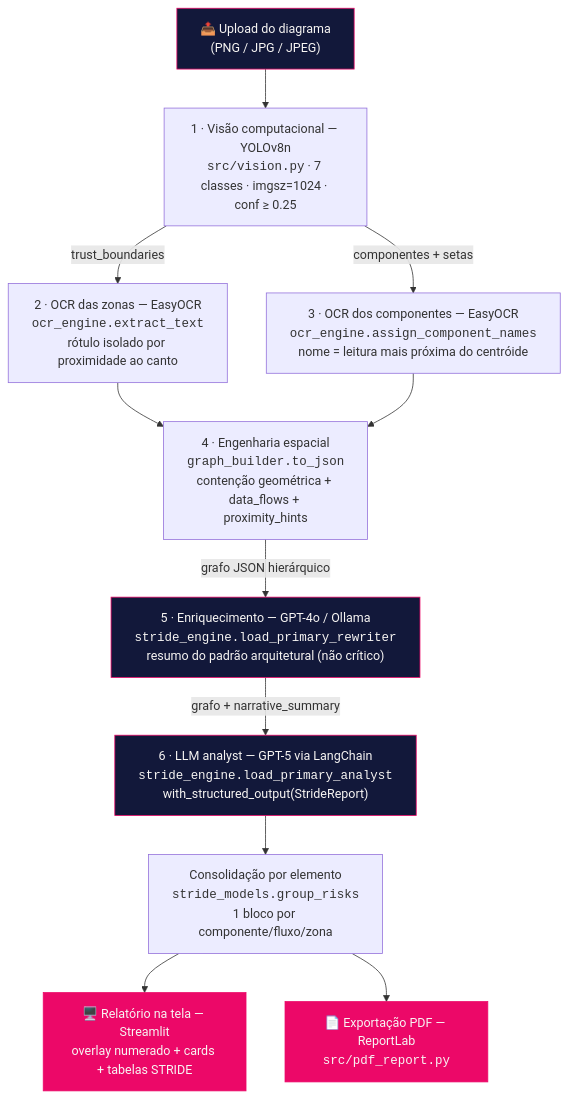
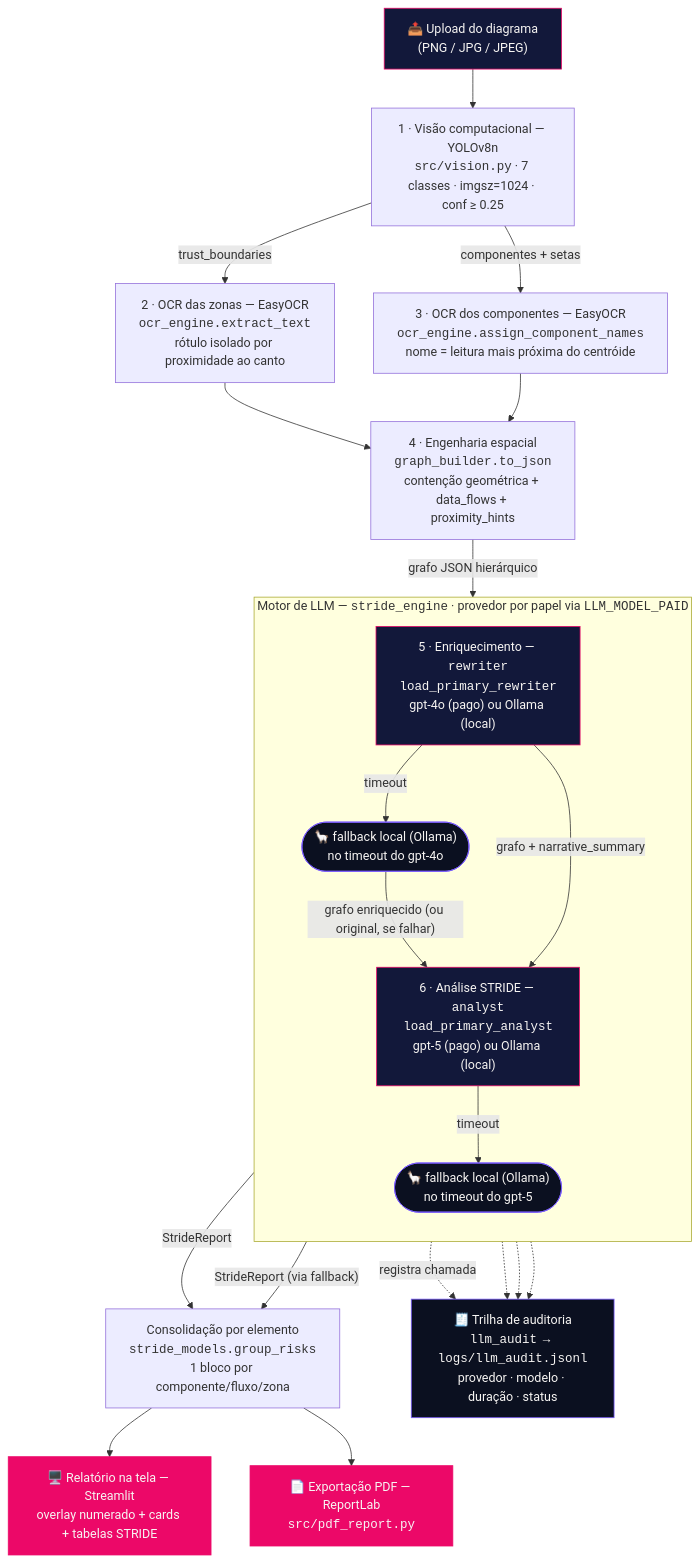
One commit to GustavoLimaMartins/hackathon-stride-ai changed the diagram in README.md. Above: the diagram before and after it, drawn with Mermaid. The commit also changed other lines of this file, not shown here.

First line of the commit message:
docs(readme): atualizar diagrama e topologia (fluxo de fallback corrigido)

````diff
--- a/README.md
+++ b/README.md
@@ -59,25 +59,45 @@
 ```mermaid
 flowchart TD
     U["📤 Upload do diagrama<br/>(PNG / JPG / JPEG)"] --> V["1 · Visão computacional — YOLOv8n<br/><code>src/vision.py</code> · 7 classes · imgsz=1024 · conf ≥ 0.25"]
 
     V -->|"trust_boundaries"| O1["2 · OCR das zonas — EasyOCR<br/><code>ocr_engine.extract_text</code><br/>rótulo isolado por proximidade ao canto"]
     V -->|"componentes + setas"| O2["3 · OCR dos componentes — EasyOCR<br/><code>ocr_engine.assign_component_names</code><br/>nome = leitura mais próxima do centróide"]
 
     O1 --> G["4 · Engenharia espacial<br/><code>graph_builder.to_json</code><br/>contenção geométrica + data_flows + proximity_hints"]
     O2 --> G
 
-    G -->|"grafo JSON hierárquico"| R["5 · Enriquecimento — GPT-4o / Ollama<br/><code>stride_engine.load_primary_rewriter</code><br/>resumo do padrão arquitetural (não crítico)"]
+    subgraph LLM["Motor de LLM — <code>stride_engine</code> · provedor por papel via <code>LLM_MODEL_PAID</code>"]
+      direction TB
+      R["5 · Enriquecimento — <code>rewriter</code><br/><code>load_primary_rewriter</code><br/>gpt-4o (pago) ou Ollama (local)"]
+      RF(["🦙 fallback local (Ollama)<br/>no timeout do gpt-4o"])
+      L["6 · Análise STRIDE — <code>analyst</code><br/><code>load_primary_analyst</code><br/>gpt-5 (pago) ou Ollama (local)"]
+      LF(["🦙 fallback local (Ollama)<br/>no timeout do gpt-5"])
 
-    R -->|"grafo + narrative_summary"| L["6 · LLM analyst — GPT-5 via LangChain<br/><code>stride_engine.load_primary_analyst</code><br/>with_structured_output(StrideReport)"]
+      R -->|"timeout"| RF
+      RF -->|"grafo enriquecido (ou original, se falhar)"| L
+      R -->|"grafo + narrative_summary"| L
+      L -->|"timeout"| LF
+    end
 
-    L --> C["Consolidação por elemento<br/><code>stride_models.group_risks</code><br/>1 bloco por componente/fluxo/zona"]
+    G -->|"grafo JSON hierárquico"| R
+
+    L -->|"StrideReport"| C["Consolidação por elemento<br/><code>stride_models.group_risks</code><br/>1 bloco por componente/fluxo/zona"]
+    LF -->|"StrideReport (via fallback)"| C
+
+    R -.->|"registra chamada"| AUD["🧾 Trilha de auditoria<br/><code>llm_audit</code> → <code>logs/llm_audit.jsonl</code><br/>provedor · modelo · duração · status"]
+    L -.-> AUD
+    RF -.-> AUD
+    LF -.-> AUD
 
     C --> UI["🖥️ Relatório na tela — Streamlit<br/>overlay numerado + cards + tabelas STRIDE"]
     C --> PDF["📄 Exportação PDF — ReportLab<br/><code>src/pdf_report.py</code>"]
 
     style U fill:#12183A,stroke:#EC0868,color:#F7F5F3
     style R fill:#12183A,stroke:#EC0868,color:#F7F5F3
     style L fill:#12183A,stroke:#EC0868,color:#F7F5F3
+    style RF fill:#0B1020,stroke:#7A5CFF,color:#F7F5F3
+    style LF fill:#0B1020,stroke:#7A5CFF,color:#F7F5F3
+    style AUD fill:#0B1020,stroke:#7A5CFF,color:#F7F5F3
     style UI fill:#EC0868,stroke:#EC0868,color:#F7F5F3
     style PDF fill:#EC0868,stroke:#EC0868,color:#F7F5F3
 ```
````
